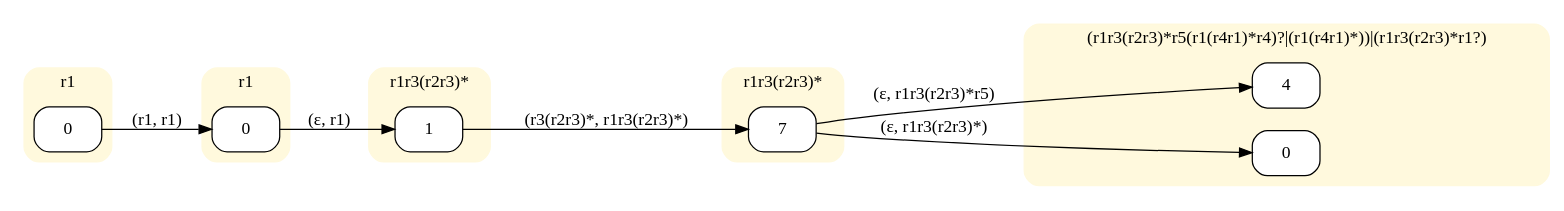
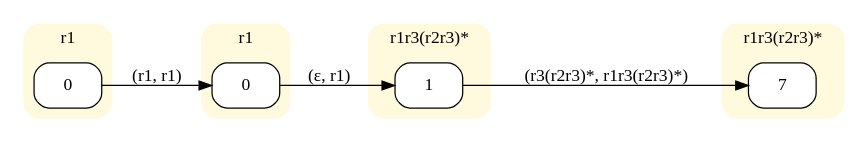
The diagram in input/s2_MON.dot (Stefano-BS/Explanatory-Diagnosis), drawn with Graphviz before and after one commit. The commit also changed 18 other files, not shown here.

```diff
--- a/input/s2_MON.dot
+++ b/input/s2_MON.dot
@@ -1,35 +1,27 @@
 digraph "MONinput/s2" {
 rankdir=LR
 node [style=filled fillcolor=white]
 subgraph cluster0 {
 style="rounded,filled" color="#FFF9DD" node [style="rounded,filled" shape=box fillcolor="#FFFFFF"]
 label="r1"
 M0S0 [label=0];
 }
 subgraph cluster1 {
 style="rounded,filled" color="#FFF9DD" node [style="rounded,filled" shape=box fillcolor="#FFFFFF"]
 label="r1"
 M1S0 [label=0];
 }
 subgraph cluster2 {
 style="rounded,filled" color="#FFF9DD" node [style="rounded,filled" shape=box fillcolor="#FFFFFF"]
 label="r1r3(r2r3)*"
 M2S1 [label=1];
 }
 subgraph cluster3 {
 style="rounded,filled" color="#FFF9DD" node [style="rounded,filled" shape=box fillcolor="#FFFFFF"]
 label="r1r3(r2r3)*"
 M3S7 [label=7];
 }
-subgraph cluster4 {
-style="rounded,filled" color="#FFF9DD" node [style="rounded,filled" shape=box fillcolor="#FFFFFF"]
-label="(r1r3(r2r3)*r5(r1(r4r1)*r4)?|(r1(r4r1)*))|(r1r3(r2r3)*r1?)"
-M4S4 [label=4];
-M4S0 [label=0];
-}
 M0S0 -> M1S0 [label="(r1, r1)"]
 M1S0 -> M2S1 [label="(ε, r1)"]
 M2S1 -> M3S7 [label="(r3(r2r3)*, r1r3(r2r3)*)"]
-M3S7 -> M4S4 [label="(ε, r1r3(r2r3)*r5)"]
-M3S7 -> M4S0 [label="(ε, r1r3(r2r3)*)"]
 }
```
